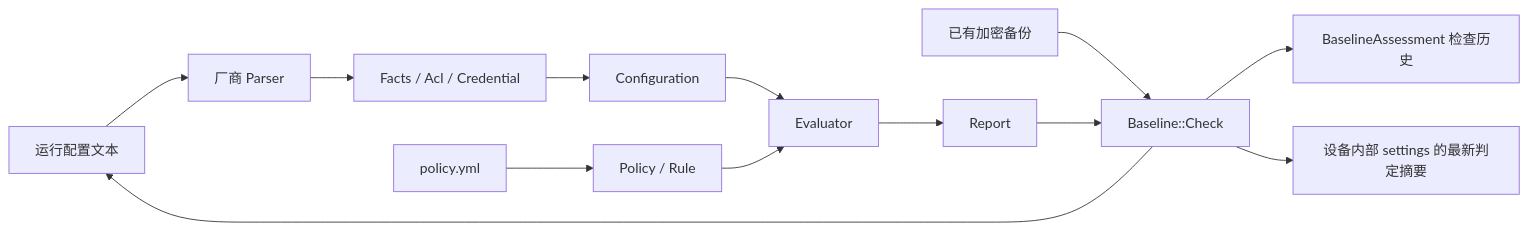
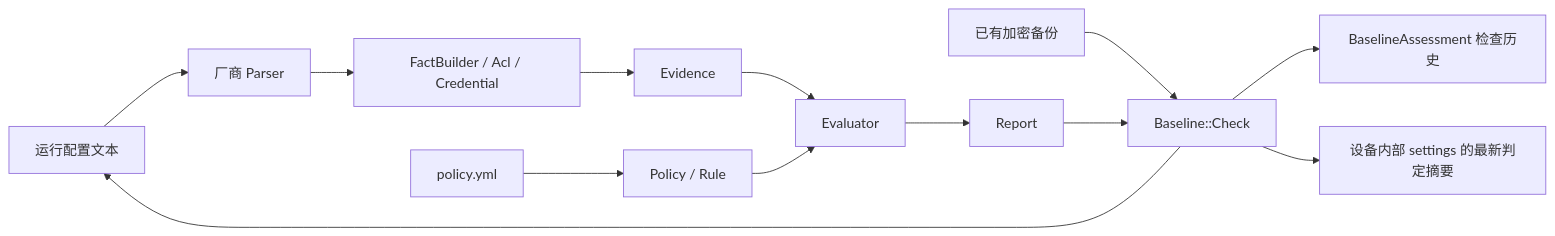
Before and after one commit to gatework/baseline-rb: the diagram in docs/architecture-zh.md, drawn with Mermaid. The commit also changed other lines of this file and 43 other files, not shown here.

````diff
--- a/docs/architecture-zh.md
+++ b/docs/architecture-zh.md
@@ -11,15 +11,15 @@
 ```mermaid
 flowchart LR
   Text[运行配置文本] --> Parser[厂商 Parser]
-  Parser --> Facts[Facts / Acl / Credential]
-  Facts --> Configuration
+  Parser --> FactBuilder[FactBuilder / Acl / Credential]
+  FactBuilder --> Evidence
   YAML[policy.yml] --> Policy[Policy / Rule]
-  Configuration --> Evaluator
+  Evidence --> Evaluator
   Policy --> Evaluator
   Evaluator --> Report
   Backup[已有加密备份] --> Check[Baseline::Check]
   Check --> Text
   Report --> Check
   Check --> History[BaselineAssessment 检查历史]
   Check --> Settings[设备内部 settings 的最新判定摘要]
 ```
````
